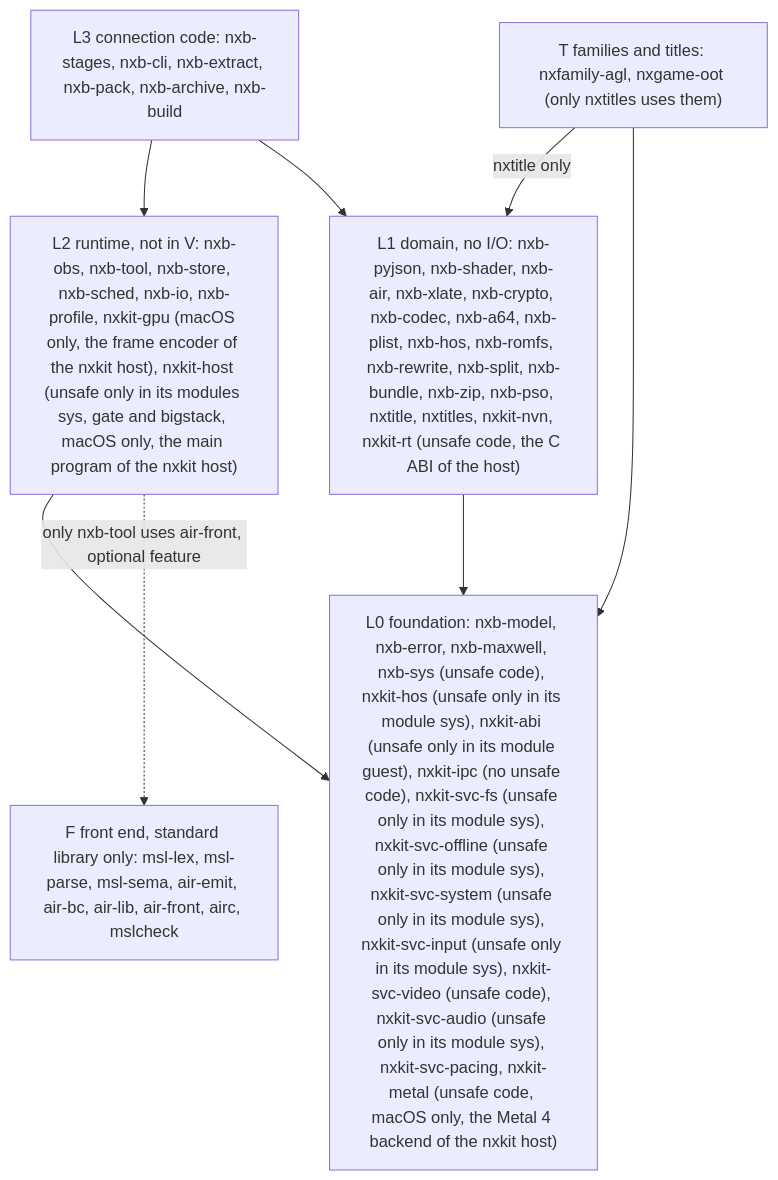
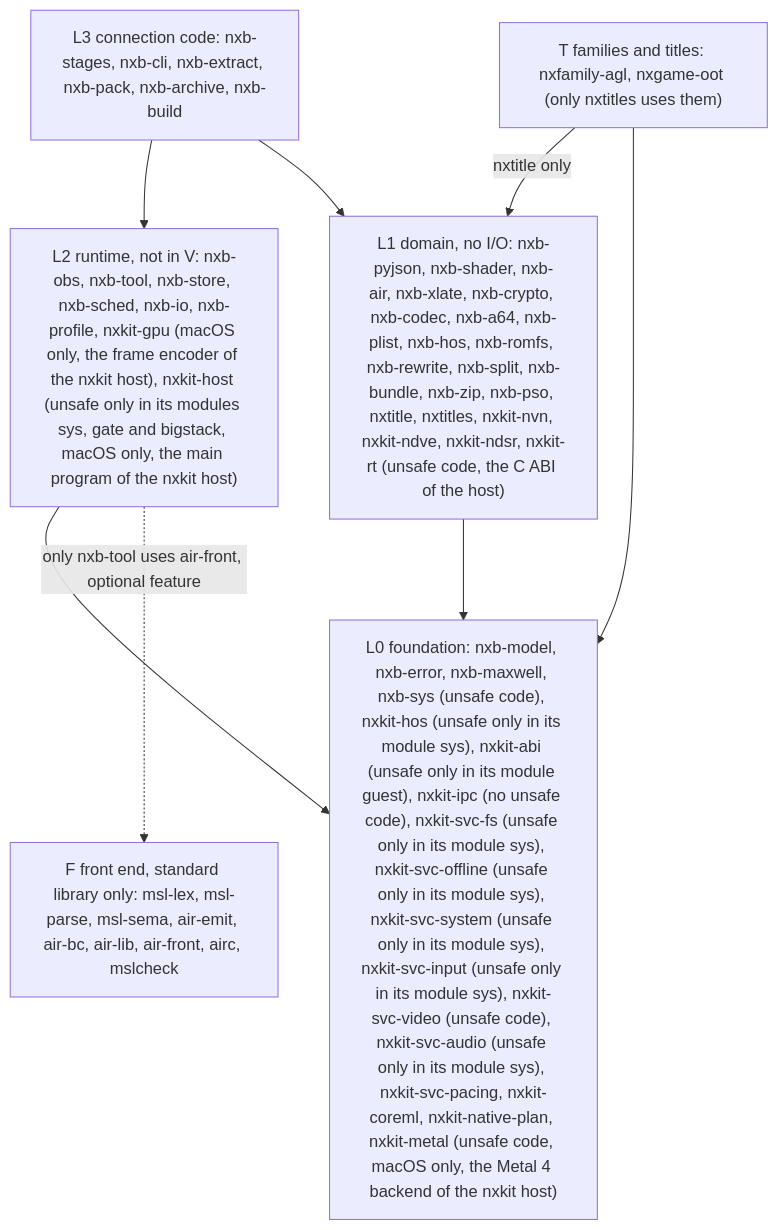
One commit to b4f8abbb24dbf56a7d0280f296e16eeb/nxkit changed the first of 2 diagrams in docs/architecture.md. Above: the diagram before and after it, drawn with Mermaid. The commit also changed other lines of this file and 7 other files, not shown here.

Commit message:
docs: changelog 0.10.0 brought up to date, diagnostics variables, architecture of the native replacements, the Neural Engine offload, the pipeline path, memory and pacing

````diff
--- a/docs/architecture.md
+++ b/docs/architecture.md
@@ -19,14 +19,14 @@
 ```mermaid
 flowchart TD
   L3["L3 connection code: nxb-stages, nxb-cli, nxb-extract, nxb-pack, nxb-archive, nxb-build"]
   L2["L2 runtime, not in V: nxb-obs, nxb-tool, nxb-store, nxb-sched, nxb-io, nxb-profile, nxkit-gpu (macOS only, the frame encoder of the nxkit host), nxkit-host (unsafe only in its modules sys, gate and bigstack, macOS only, the main program of the nxkit host)"]
-  L1["L1 domain, no I/O: nxb-pyjson, nxb-shader, nxb-air, nxb-xlate, nxb-crypto, nxb-codec, nxb-a64, nxb-plist, nxb-hos, nxb-romfs, nxb-rewrite, nxb-split, nxb-bundle, nxb-zip, nxb-pso, nxtitle, nxtitles, nxkit-nvn, nxkit-rt (unsafe code, the C ABI of the host)"]
-  L0["L0 foundation: nxb-model, nxb-error, nxb-maxwell, nxb-sys (unsafe code), nxkit-hos (unsafe only in its module sys), nxkit-abi (unsafe only in its module guest), nxkit-ipc (no unsafe code), nxkit-svc-fs (unsafe only in its module sys), nxkit-svc-offline (unsafe only in its module sys), nxkit-svc-system (unsafe only in its module sys), nxkit-svc-input (unsafe only in its module sys), nxkit-svc-video (unsafe code), nxkit-svc-audio (unsafe only in its module sys), nxkit-svc-pacing, nxkit-metal (unsafe code, macOS only, the Metal 4 backend of the nxkit host)"]
+  L1["L1 domain, no I/O: nxb-pyjson, nxb-shader, nxb-air, nxb-xlate, nxb-crypto, nxb-codec, nxb-a64, nxb-plist, nxb-hos, nxb-romfs, nxb-rewrite, nxb-split, nxb-bundle, nxb-zip, nxb-pso, nxtitle, nxtitles, nxkit-nvn, nxkit-ndve, nxkit-ndsr, nxkit-rt (unsafe code, the C ABI of the host)"]
+  L0["L0 foundation: nxb-model, nxb-error, nxb-maxwell, nxb-sys (unsafe code), nxkit-hos (unsafe only in its module sys), nxkit-abi (unsafe only in its module guest), nxkit-ipc (no unsafe code), nxkit-svc-fs (unsafe only in its module sys), nxkit-svc-offline (unsafe only in its module sys), nxkit-svc-system (unsafe only in its module sys), nxkit-svc-input (unsafe only in its module sys), nxkit-svc-video (unsafe code), nxkit-svc-audio (unsafe only in its module sys), nxkit-svc-pacing, nxkit-coreml, nxkit-native-plan, nxkit-metal (unsafe code, macOS only, the Metal 4 backend of the nxkit host)"]
   LT["T families and titles: nxfamily-agl, nxgame-oot (only nxtitles uses them)"]
   LF["F front end, standard library only: msl-lex, msl-parse, msl-sema, air-emit, air-bc, air-lib, air-front, airc, mslcheck"]
   L3 --> L2 --> L0
   L3 --> L1 --> L0
   LT -->|nxtitle only| L1
   LT --> L0
   L2 -.->|only nxb-tool uses air-front, optional feature| LF
 ```
````
